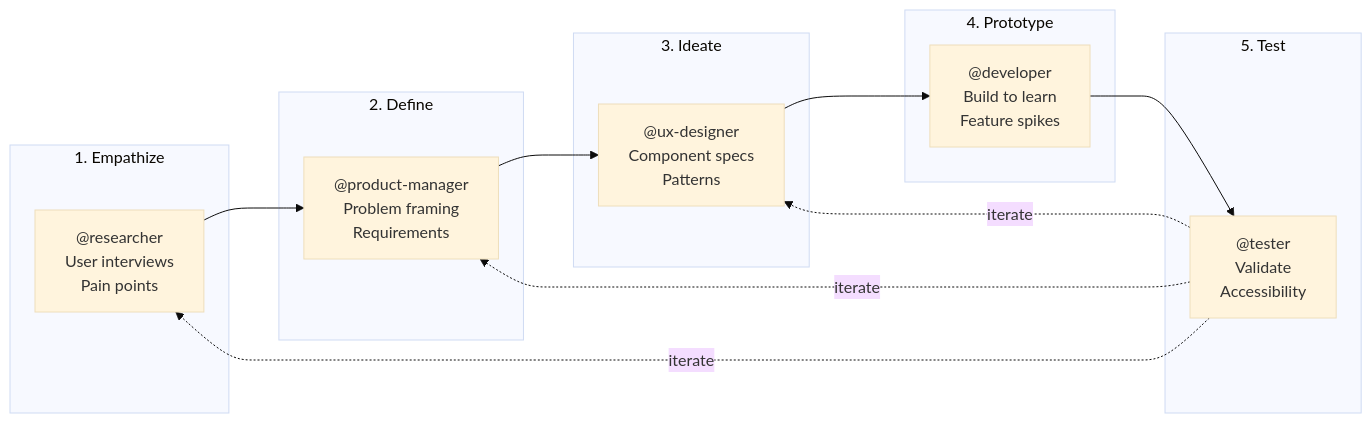
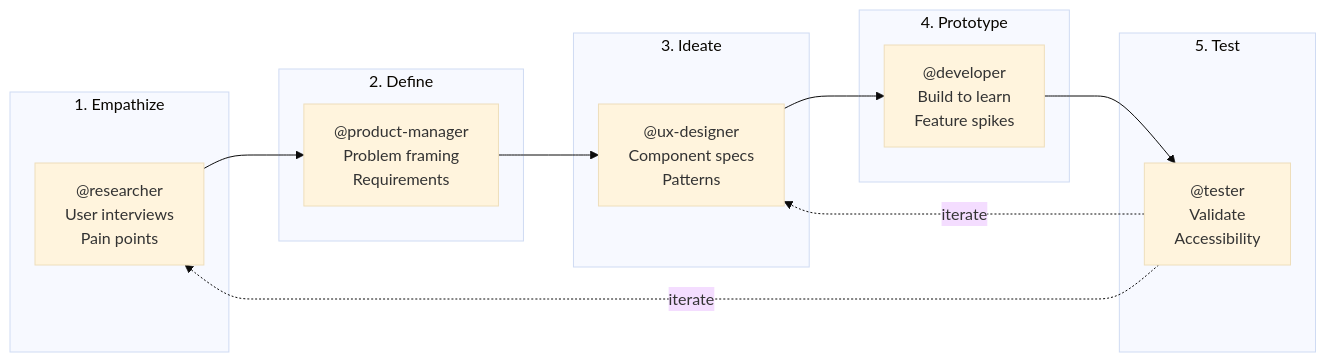
Before and after one commit to shyamsridhar123/ATV-AgentSkillsDemo: the fifth of 6 diagrams in README.md, drawn with Mermaid (base theme). The commit also changed other lines of this file and 1 other file, not shown here.

First line of the commit message:
Comprehensive README rewrite: architecture diagrams, tech stack, CLI/MCP/A2A/provider docs

````diff
--- a/README.md
+++ b/README.md
@@ -256,27 +448,26 @@
 ```mermaid
 flowchart LR
     subgraph Empathize["1. Empathize"]
         E["@researcher<br/>User interviews<br/>Pain points"]
     end
 
     subgraph Define["2. Define"]
         D["@product-manager<br/>Problem framing<br/>Requirements"]
     end
 
     subgraph Ideate["3. Ideate"]
         I["@ux-designer<br/>Component specs<br/>Patterns"]
     end
 
     subgraph Prototype["4. Prototype"]
         P["@developer<br/>Build to learn<br/>Feature spikes"]
     end
 
     subgraph Test["5. Test"]
         T["@tester<br/>Validate<br/>Accessibility"]
     end
 
     E --> D --> I --> P --> T
     T -.->|iterate| E
-    T -.->|iterate| D
     T -.->|iterate| I
 ```
````
